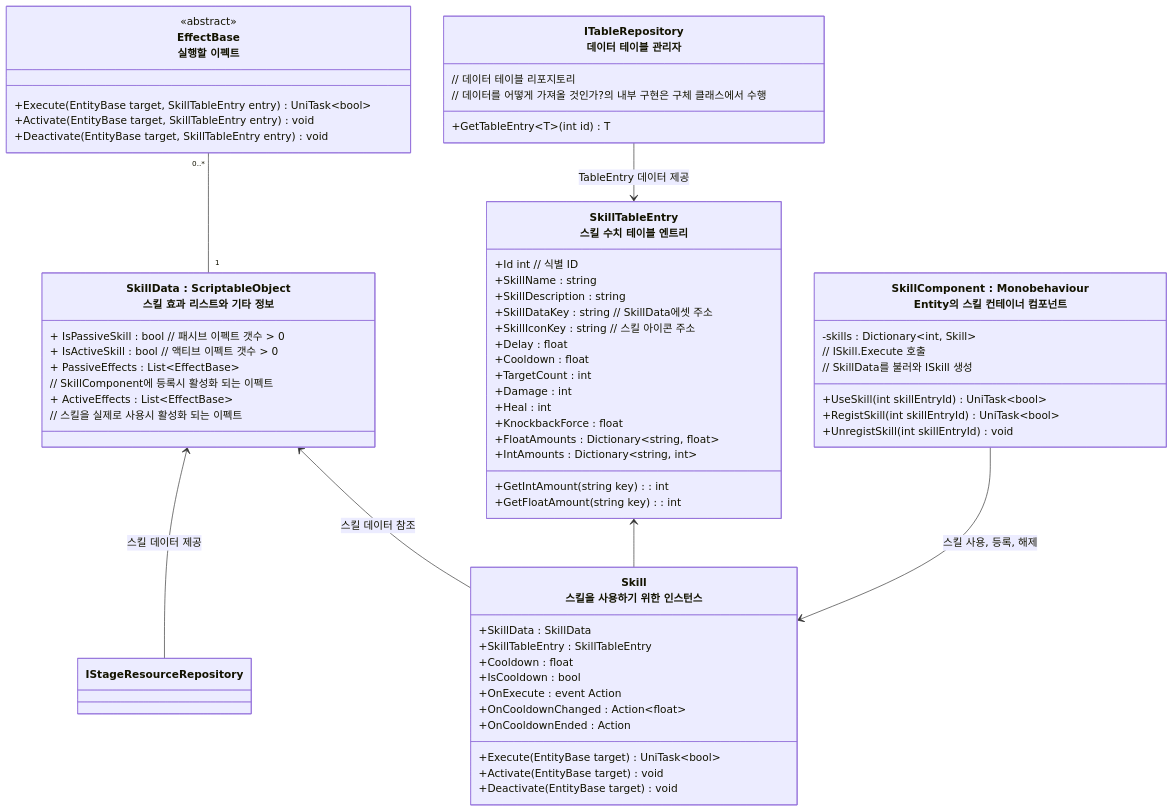
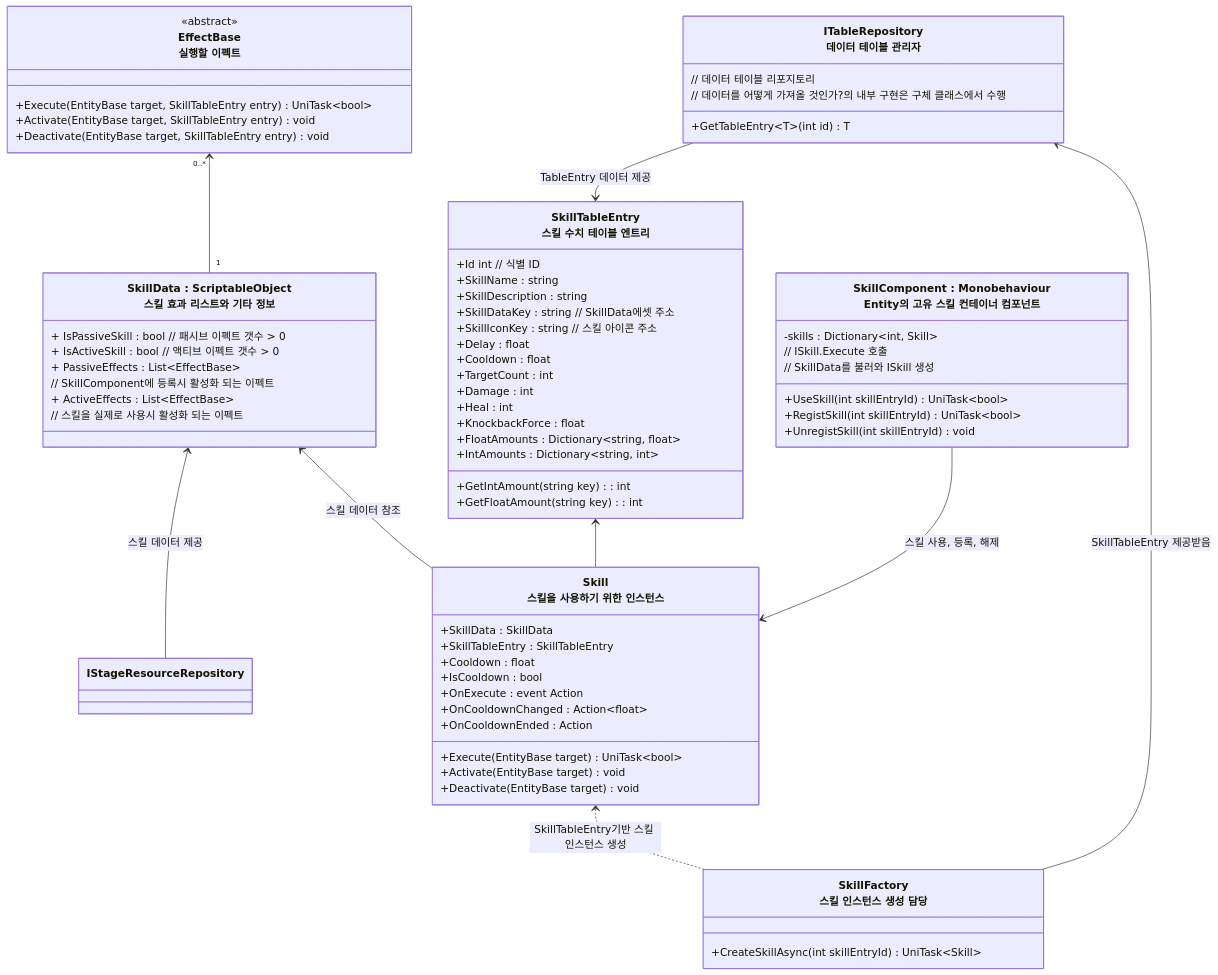
The first of 3 diagrams in README/스킬시스템_설계.md (JIN5EOK/DungeonShooter), drawn with Mermaid before and after one commit. The commit also changed other lines of this file and 1 other file, not shown here.

Commit message:
docs: 문서 업데이트

````diff
--- a/README/스킬시스템_설계.md
+++ b/README/스킬시스템_설계.md
@@ -7,70 +7,76 @@
 ```mermaid
 classDiagram
     class EffectBase["EffectBase<br>실행할 이펙트"]{
         <<abstract>>
         +Execute(EntityBase target, SkillTableEntry entry) UniTask~bool~
         +Activate(EntityBase target, SkillTableEntry entry) void
         +Deactivate(EntityBase target, SkillTableEntry entry) void
     }
     
     class SkillData["SkillData : ScriptableObject<br>스킬 효과 리스트와 기타 정보"]{
 		+ IsPassiveSkill : bool // 패시브 이펙트 갯수 > 0
 		+ IsActiveSkill : bool // 액티브 이펙트 갯수 > 0
         + PassiveEffects : List~EffectBase~ 
         // SkillComponent에 등록시 활성화 되는 이펙트
         + ActiveEffects : List~EffectBase~ 
         // 스킬을 실제로 사용시 활성화 되는 이펙트
     }
 
     class Skill["Skill<br>스킬을 사용하기 위한 인스턴스"]{
         +SkillData : SkillData
         +SkillTableEntry : SkillTableEntry
         +Cooldown : float
         +IsCooldown : bool
         +OnExecute : event Action
         +OnCooldownChanged : Action~float~
         +OnCooldownEnded : Action
         +Execute(EntityBase target) UniTask~bool~
         +Activate(EntityBase target) void
         +Deactivate(EntityBase target) void
     }
 
 	class SkillTableEntry["SkillTableEntry<br>스킬 수치 테이블 엔트리"]{
 		+Id int // 식별 ID
 		+SkillName : string
 		+SkillDescription : string
 		+SkillDataKey : string // SkillData에셋 주소
 		+SkillIconKey : string // 스킬 아이콘 주소
 		+Delay : float
 		+Cooldown : float
 		+TargetCount : int
         +Damage : int
         +Heal : int
 		+KnockbackForce : float
 		+GetIntAmount(string key) : int
         +GetFloatAmount(string key) : int
         +FloatAmounts : Dictionary~string, float~
         +IntAmounts : Dictionary~string, int~
 	}
 	
-    class SkillComponent["SkillComponent : Monobehaviour<br>Entity의 스킬 컨테이너 컴포넌트"]{
+    class SkillComponent["SkillComponent : Monobehaviour<br>Entity의 고유 스킬 컨테이너 컴포넌트"]{
         -skills : Dictionary~int, Skill~
         +UseSkill(int skillEntryId) UniTask~bool~
         // ISkill.Execute 호출
         +RegistSkill(int skillEntryId) UniTask~bool~
         // SkillData를 불러와 ISkill 생성 
         +UnregistSkill(int skillEntryId) void
     }
     
 	class ITableRepository["ITableRepository<br>데이터 테이블 관리자"]{
 		// 데이터 테이블 리포지토리
 		// 데이터를 어떻게 가져올 것인가?의 내부 구현은 구체 클래스에서 수행
 		+GetTableEntry~T~(int id) T
 	}
+	
+	class SkillFactory["SkillFactory<br>스킬 인스턴스 생성 담당"]{
+        +CreateSkillAsync(int skillEntryId) UniTask~Skill~
+    }
 	SkillData <-- IStageResourceRepository : 스킬 데이터 제공
     SkillTableEntry <-- Skill
     SkillData <-- Skill : 스킬 데이터 참조
-    EffectBase "0..*"--"1" SkillData
+    EffectBase "0..*"<--"1" SkillData
     SkillComponent --> Skill  : 스킬 사용, 등록, 해제 
     ITableRepository --> SkillTableEntry : TableEntry 데이터 제공
+    Skill <.. SkillFactory : SkillTableEntry기반 스킬 인스턴스 생성
+    ITableRepository <-- SkillFactory : SkillTableEntry 제공받음 
 ```
````
